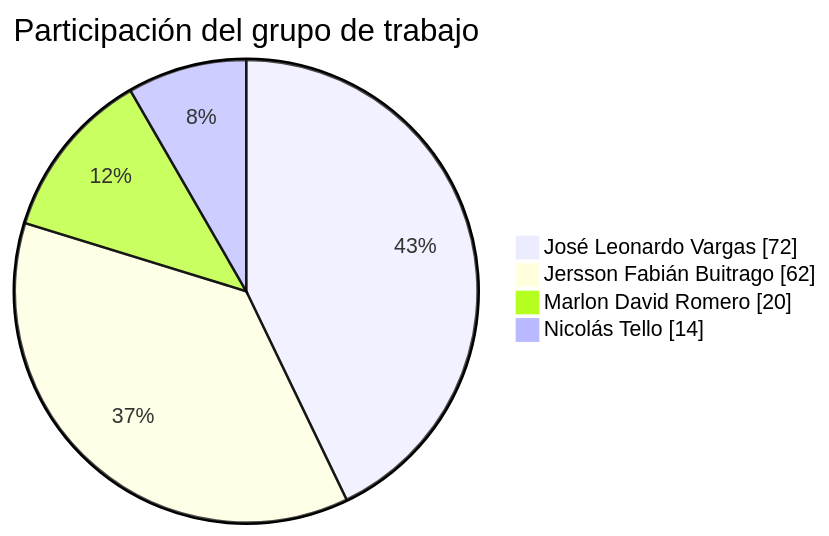
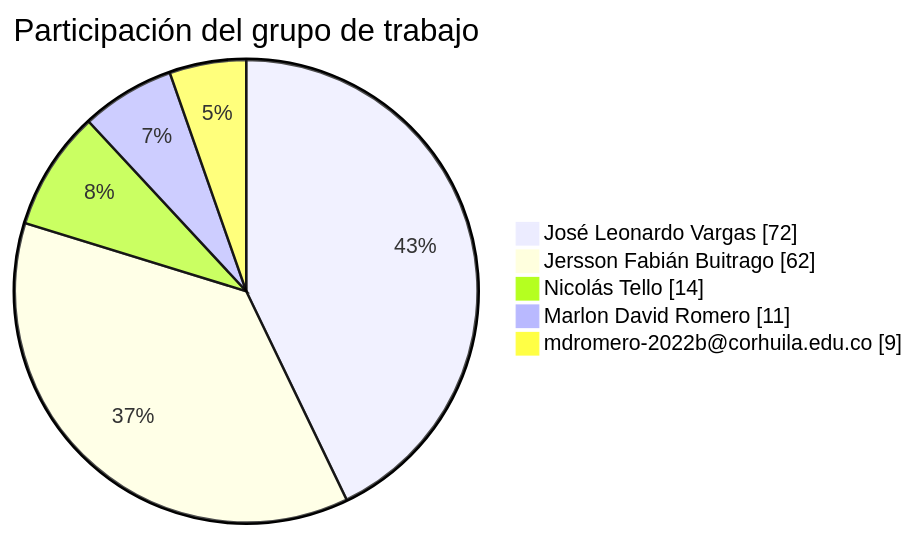
Before and after one commit to FarmaExpres/FarmaExpres: the first of 2 diagrams in README.md, drawn with Mermaid. The commit also changed other lines of this file and 1 other file, not shown here.

````diff
--- a/README.md
+++ b/README.md
@@ -314,8 +315,9 @@
 ```mermaid
 pie showData
     title Participación del grupo de trabajo
     "José Leonardo Vargas" : 72
     "Jersson Fabián Buitrago" : 62
-    "Marlon David Romero" : 20
     "Nicolás Tello" : 14
+    "Marlon David Romero" : 11
+    "mdromero-2022b@corhuila.edu.co" : 9
 ```
````
